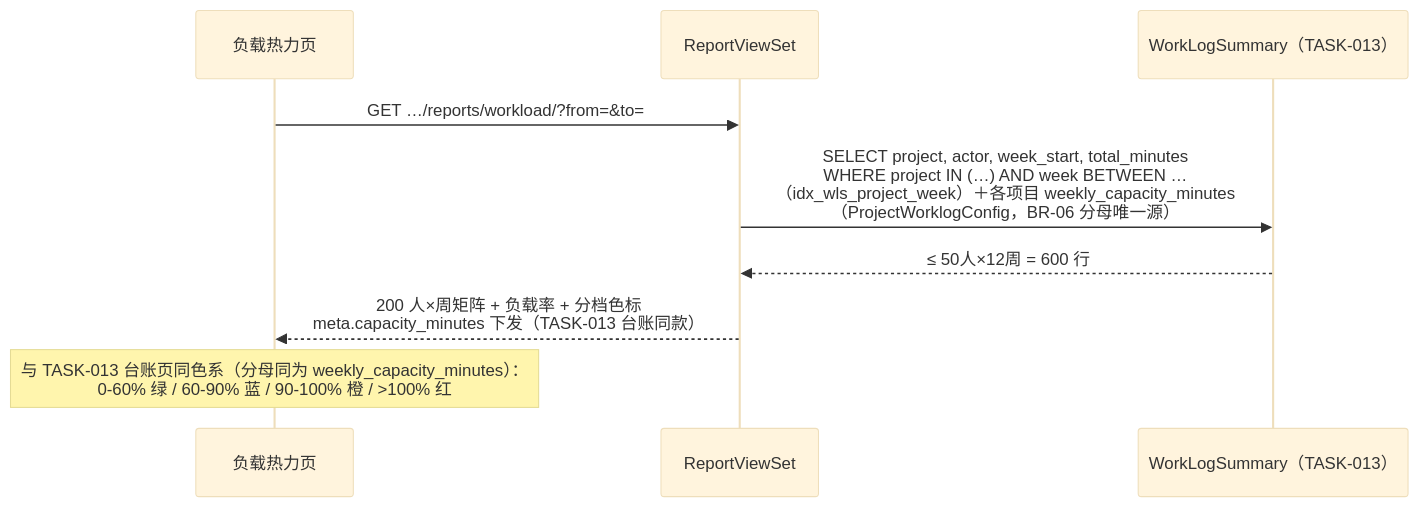
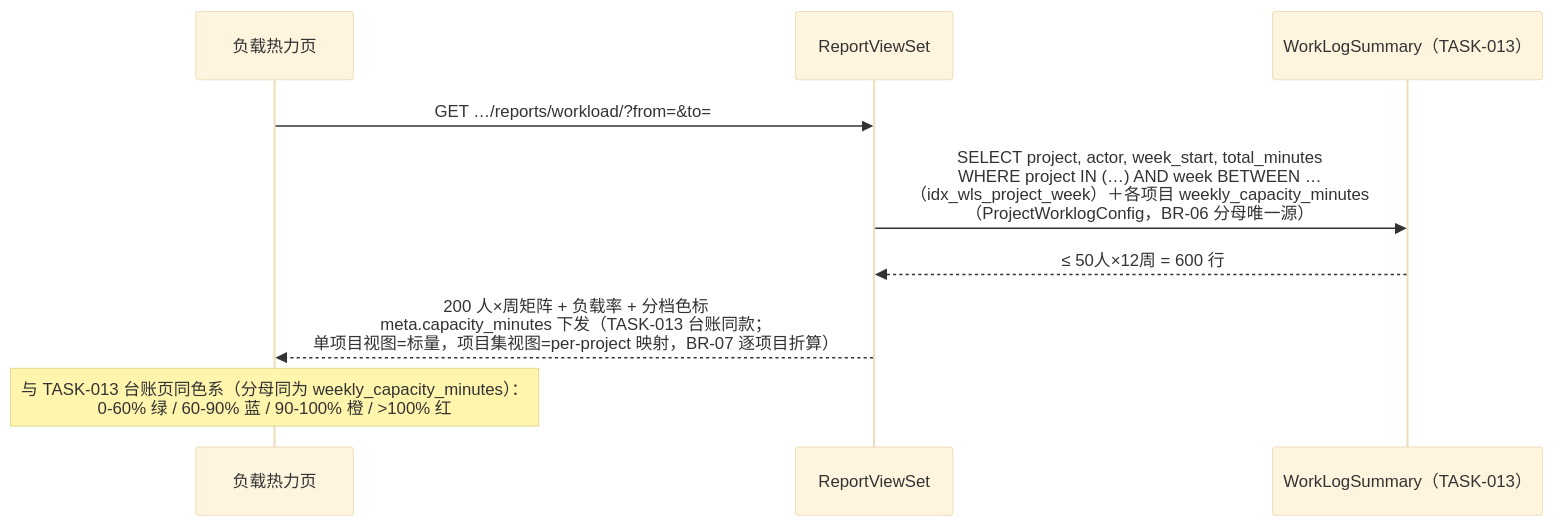
The second of 3 diagrams in docs/sprint-9-enterprise-portfolio/RPT-004-project-health.md (RabbitAI-Lab/RabbitProjects), drawn with Mermaid (base theme) before and after one commit. The commit also changed other lines of this file and 5 other files, not shown here.

````diff
--- a/docs/sprint-9-enterprise-portfolio/RPT-004-project-health.md
+++ b/docs/sprint-9-enterprise-portfolio/RPT-004-project-health.md
@@ -109,11 +109,11 @@
 ```mermaid
 sequenceDiagram
     participant FE as 负载热力页
     participant API as ReportViewSet
     participant WLS as WorkLogSummary（TASK-013）
     FE->>API: GET …/reports/workload/?from=&to=
     API->>WLS: SELECT project, actor, week_start, total_minutes<br/>WHERE project IN (…) AND week BETWEEN …<br/>（idx_wls_project_week）＋各项目 weekly_capacity_minutes<br/>（ProjectWorklogConfig，BR-06 分母唯一源）
     WLS-->>API: ≤ 50人×12周 = 600 行
-    API-->>FE: 200 人×周矩阵 + 负载率 + 分档色标<br/>meta.capacity_minutes 下发（TASK-013 台账同款）
+    API-->>FE: 200 人×周矩阵 + 负载率 + 分档色标<br/>meta.capacity_minutes 下发（TASK-013 台账同款；<br/>单项目视图=标量，项目集视图=per-project 映射，BR-07 逐项目折算）
     Note over FE: 与 TASK-013 台账页同色系（分母同为 weekly_capacity_minutes）：<br/>0-60% 绿 / 60-90% 蓝 / 90-100% 橙 / >100% 红
 ```
````
